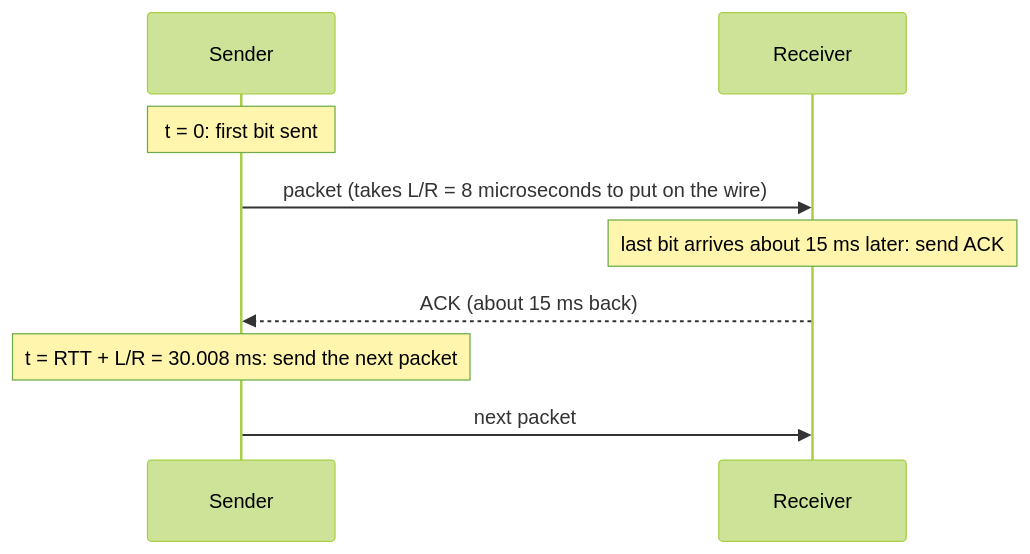
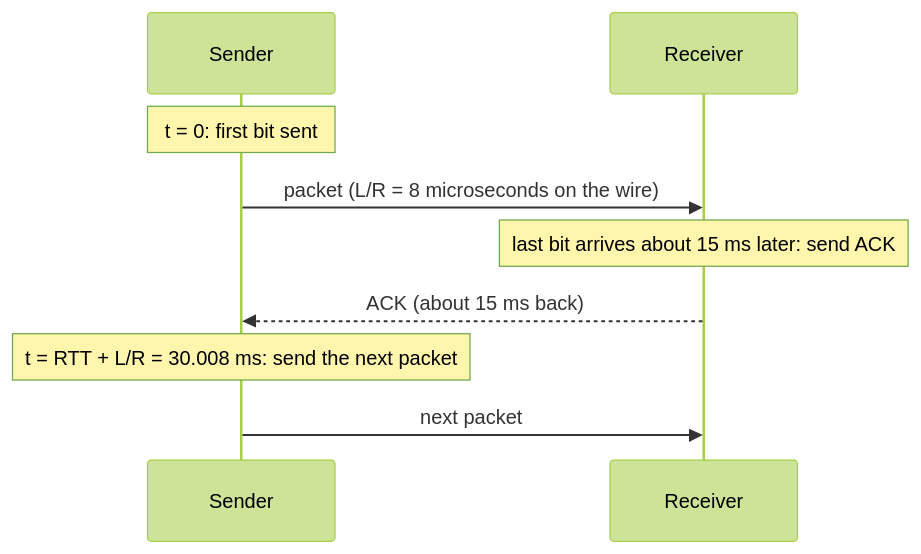
One commit to FahimMashroor/Chalmers_CSC changed the seventh of 34 diagrams in EDA387-Computer-Networks/04-TCP.md. Above: the diagram before and after it, drawn with Mermaid (forest theme). The commit also changed other lines of this file, not shown here.

Commit message:
Rewrite 04 TCP in simple language with examples and diagrams

````diff
--- a/EDA387-Computer-Networks/04-TCP.md
+++ b/EDA387-Computer-Networks/04-TCP.md
@@ -246,11 +334,11 @@
 ```mermaid
 sequenceDiagram
   participant S as Sender
   participant R as Receiver
   Note over S: t = 0: first bit sent
-  S->>R: packet (takes L/R = 8 microseconds to put on the wire)
+  S->>R: packet (L/R = 8 microseconds on the wire)
   Note over R: last bit arrives about 15 ms later: send ACK
   R-->>S: ACK (about 15 ms back)
   Note over S: t = RTT + L/R = 30.008 ms: send the next packet
   S->>R: next packet
 ```
````
